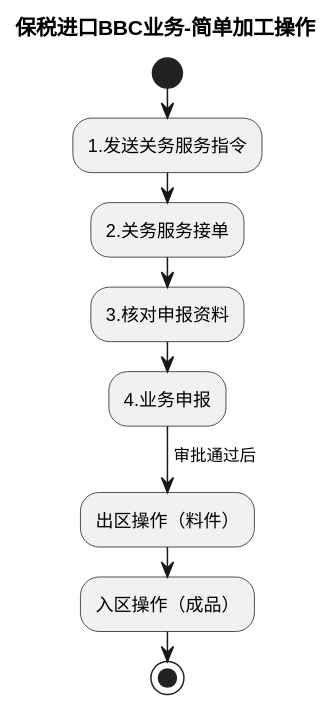
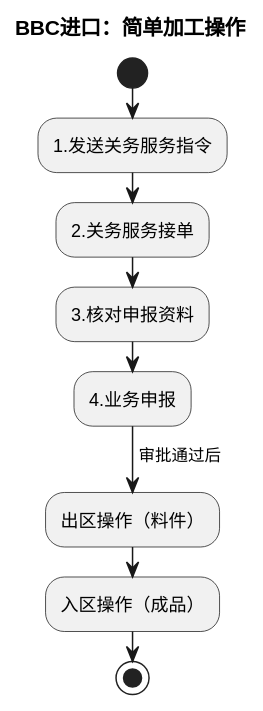
The seventh of 12 diagrams in product-caliber/goldjet/segmented-prd/mainflow/PRD.高捷物流系统一期.主流程.06.跨境电商BBC进口详细流程.md (jack888332/projects-doc), drawn with PlantUML before and after one commit. The commit also changed other lines of this file and 20 other files, not shown here.

Commit message:
优化流程表对应的DLS图

````diff
--- a/product-caliber/goldjet/segmented-prd/mainflow/PRD.高捷物流系统一期.主流程.06.跨境电商BBC进口详细流程.md
+++ b/product-caliber/goldjet/segmented-prd/mainflow/PRD.高捷物流系统一期.主流程.06.跨境电商BBC进口详细流程.md
@@ -265,14 +283,15 @@
 ```plantuml
 @startuml
-title 保税进口BBC业务-简单加工操作
+skinparam activityDiamondBackgroundColor #FFF4CC
+title BBC进口：简单加工操作
 start
 :1.发送关务服务指令;
 :2.关务服务接单;
 :3.核对申报资料;
 :4.业务申报;
 -> 审批通过后;
 :出区操作（料件）;
 :入区操作（成品）;
 stop
 @enduml
 ```
````
